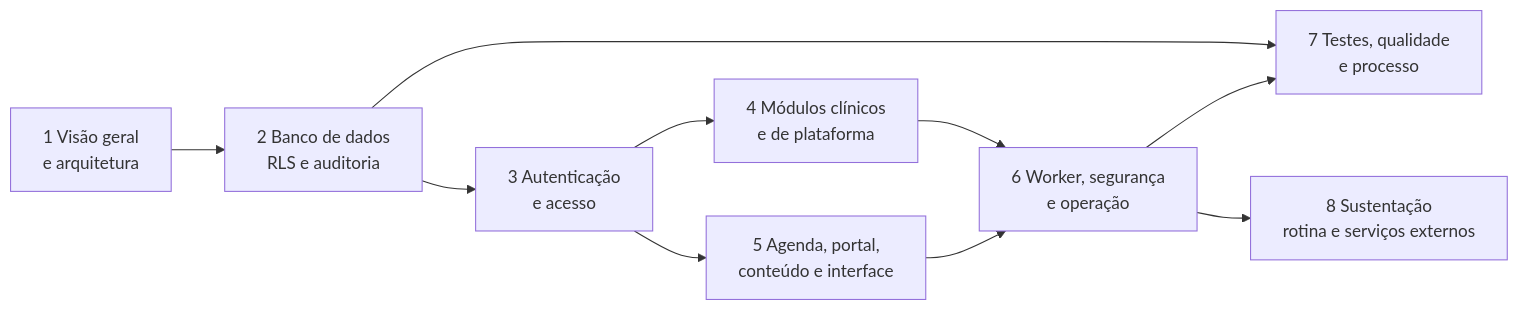
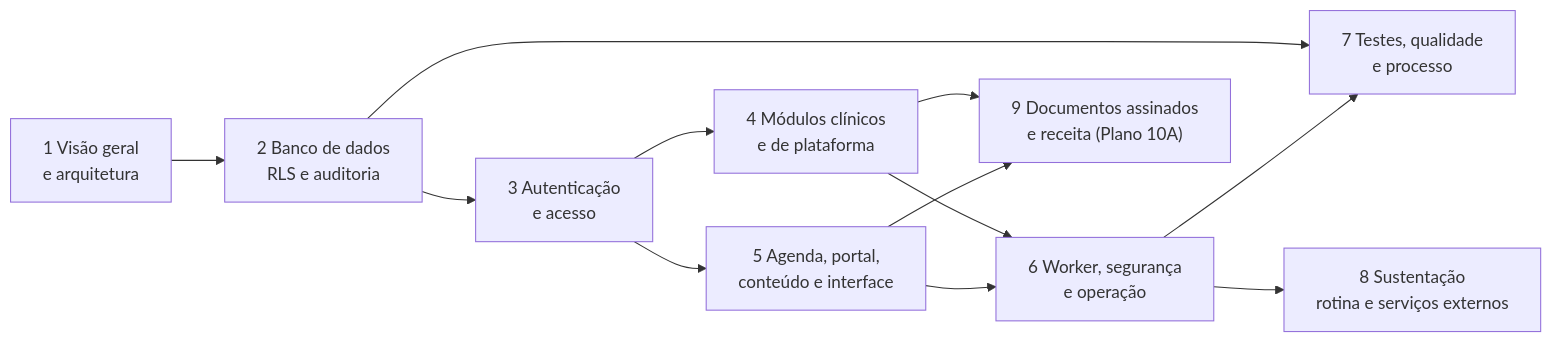
Before and after one commit to fabianojp06/nutridebby: the diagram in docs/manual-tecnico/README.md, drawn with Mermaid. The commit also changed other lines of this file and 14 other files, not shown here.

````diff
--- a/docs/manual-tecnico/README.md
+++ b/docs/manual-tecnico/README.md
@@ -51,12 +51,14 @@
 ```mermaid
 flowchart LR
   C1["1 Visão geral<br/>e arquitetura"] --> C2["2 Banco de dados<br/>RLS e auditoria"]
   C2 --> C3["3 Autenticação<br/>e acesso"]
   C3 --> C4["4 Módulos clínicos<br/>e de plataforma"]
   C3 --> C5["5 Agenda, portal,<br/>conteúdo e interface"]
   C4 --> C6["6 Worker, segurança<br/>e operação"]
   C5 --> C6
   C2 --> C7["7 Testes, qualidade<br/>e processo"]
   C6 --> C7
   C6 --> C8["8 Sustentação<br/>rotina e serviços externos"]
+  C4 --> C9["9 Documentos assinados<br/>e receita (Plano 10A)"]
+  C5 --> C9
 ```
````
